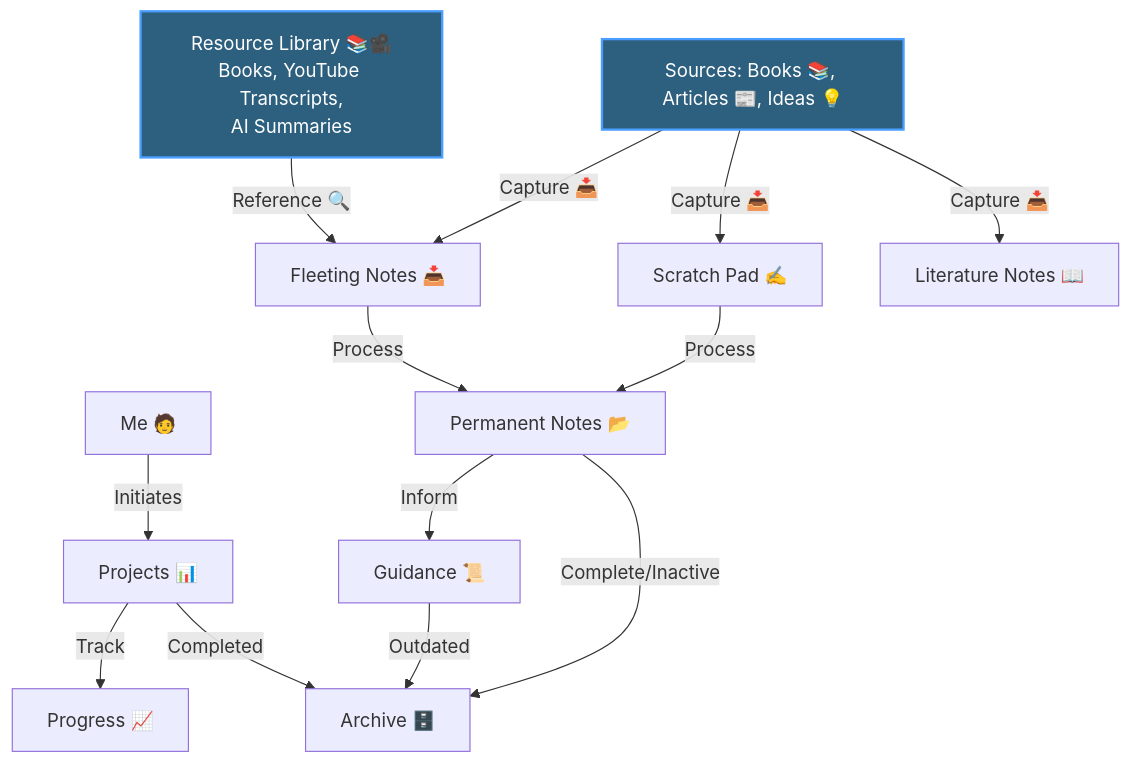
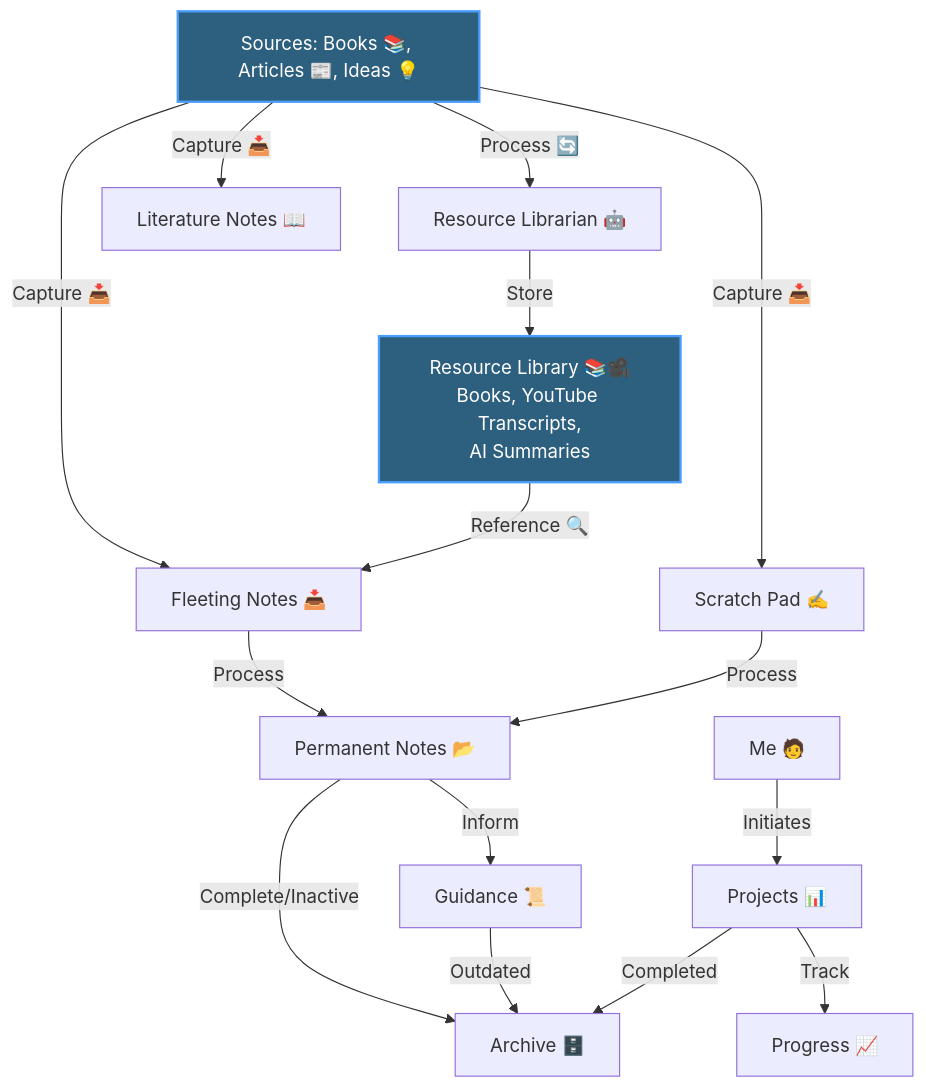
One commit to kennyrnwilson/knowledge-library changed the diagram in README.md. Above: the diagram before and after it, drawn with Mermaid.

Commit message:
add link

````diff
--- a/README.md
+++ b/README.md
@@ -23,25 +23,29 @@
 ```mermaid
 graph TD
     Sources[Sources: Books 📚, Articles 📰, Ideas 💡]
+    Librarian[Resource Librarian 🤖]
     Resources[Resource Library 📚🎥<br/>Books, YouTube Transcripts,<br/>AI Summaries]
 
+    Sources -- Process 🔄 --> Librarian
+    Librarian -- Store --> Resources
     Sources -- Capture 📥 --> A1[Fleeting Notes 📥]
     Sources -- Capture 📥 --> A2[Scratch Pad ✍️]
     Sources -- Capture 📥 --> A3[Literature Notes 📖]
     Resources -- Reference 🔍 --> A1
     Human[Me 🧑] -- Initiates --> P[Projects 📊]
 
     A1 -- Process --> B1[Permanent Notes 📂]
     A2 -- Process --> B1
 
     B1 -- Inform --> A4[Guidance 📜]
     P -- Track --> B3[Progress 📈]
     B1 -- Complete/Inactive --> Archive[Archive 🗄️]
     A4 -- Outdated --> Archive
     P -- Completed --> Archive
 
     click Resources "https://github.com/kennyrnwilson/resource-library" "View Resource Library"
+    click Librarian "https://github.com/kennyrnwilson/resource-librarian" "View Resource Librarian"
 
     style Resources fill:#2d5f7e,stroke:#4a9eff,stroke-width:2px,color:#fff
     style Sources fill:#2d5f7e,stroke:#4a9eff,stroke-width:2px,color:#fff
 ```
````
